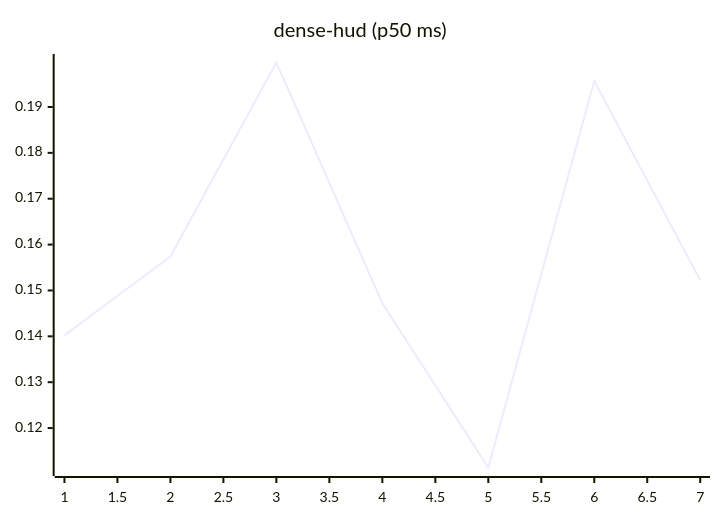
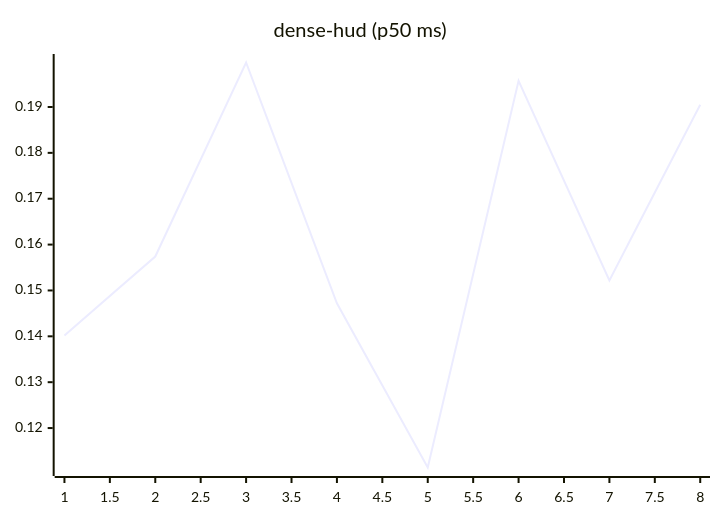
The eighth of 27 diagrams in README.md (josha/Facet), drawn with Mermaid before and after one commit. The commit also changed other lines of this file and 2 other files, not shown here.

````diff
--- a/README.md
+++ b/README.md
@@ -112,6 +112,6 @@
 ```mermaid
 xychart-beta
     title "dense-hud (p50 ms)"
-    x-axis 1 --> 7
-    line [0.1402, 0.1574, 0.1997, 0.1472, 0.1114, 0.1957, 0.1522]
+    x-axis 1 --> 8
+    line [0.1402, 0.1574, 0.1997, 0.1472, 0.1114, 0.1957, 0.1522, 0.1905]
 ```
````
